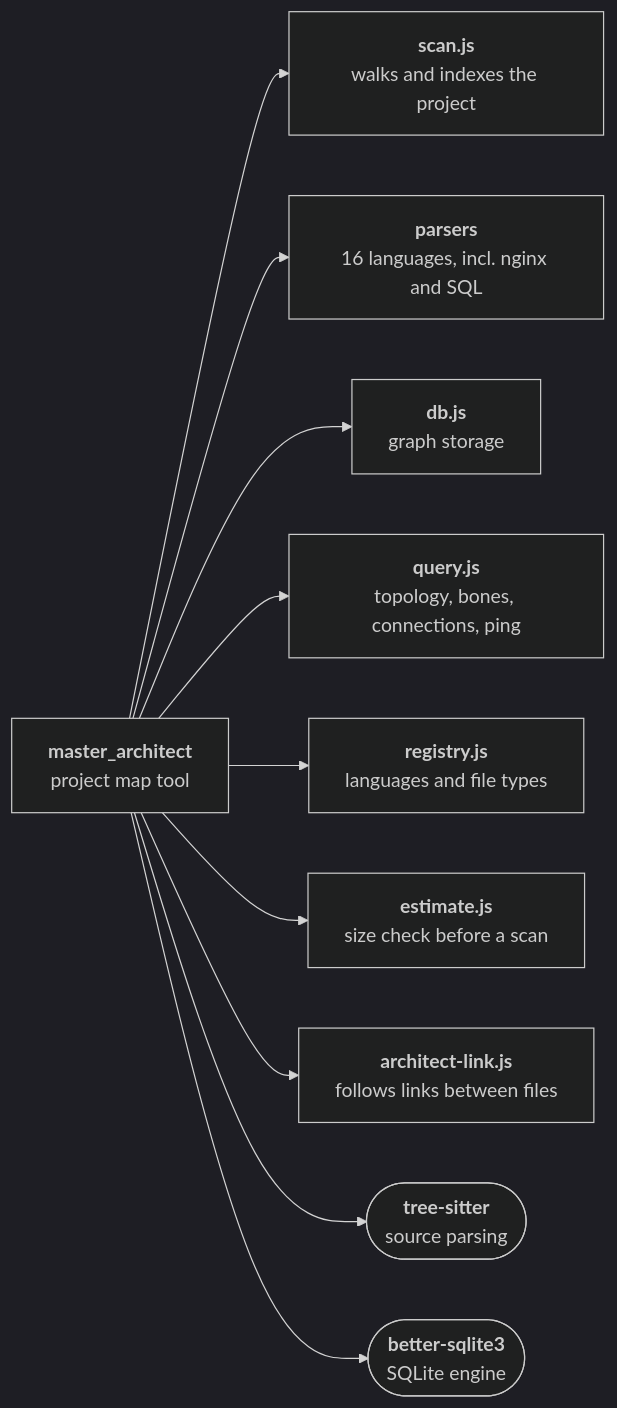
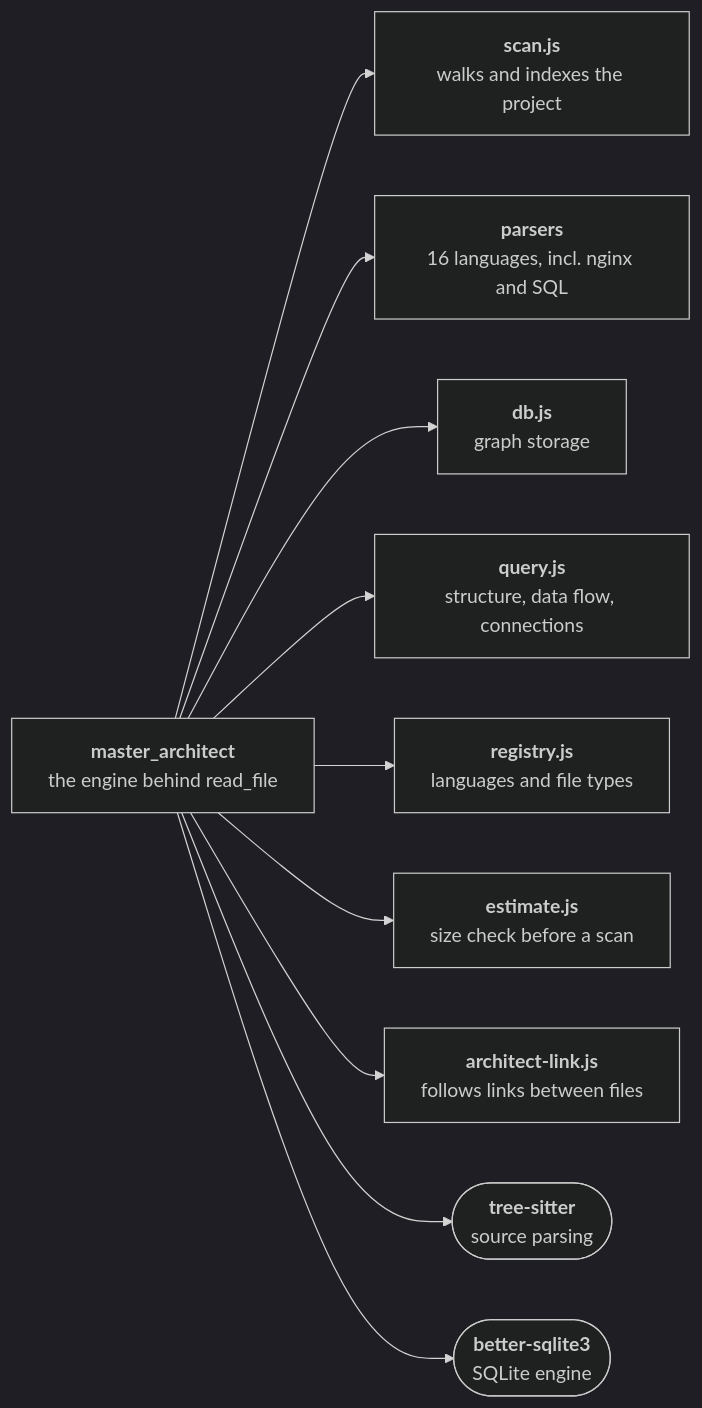
Before and after one commit to itamos-technologia/itamos-mcp-tools: the eighth of 16 diagrams in docs/PAPER.md, drawn with Mermaid (dark theme). The commit also changed other lines of this file and 2 other files, not shown here.

````diff
--- a/docs/PAPER.md
+++ b/docs/PAPER.md
@@ -252,22 +248,22 @@
 ```mermaid
 flowchart LR
-  r["<b>master_architect</b><br/>project map tool"]
+  r["<b>master_architect</b><br/>the engine behind read_file"]
   d0["<b>scan.js</b><br/>walks and indexes the project"]
   r --> d0
   d1["<b>parsers</b><br/>16 languages, incl. nginx and SQL"]
   r --> d1
   d2["<b>db.js</b><br/>graph storage"]
   r --> d2
-  d3["<b>query.js</b><br/>topology, bones, connections, ping"]
+  d3["<b>query.js</b><br/>structure, data flow, connections"]
   r --> d3
   d4["<b>registry.js</b><br/>languages and file types"]
   r --> d4
   d5["<b>estimate.js</b><br/>size check before a scan"]
   r --> d5
   d6["<b>architect-link.js</b><br/>follows links between files"]
   r --> d6
   d7(["<b>tree-sitter</b><br/>source parsing"])
   r --> d7
   d8(["<b>better-sqlite3</b><br/>SQLite engine"])
   r --> d8
 ```
````
